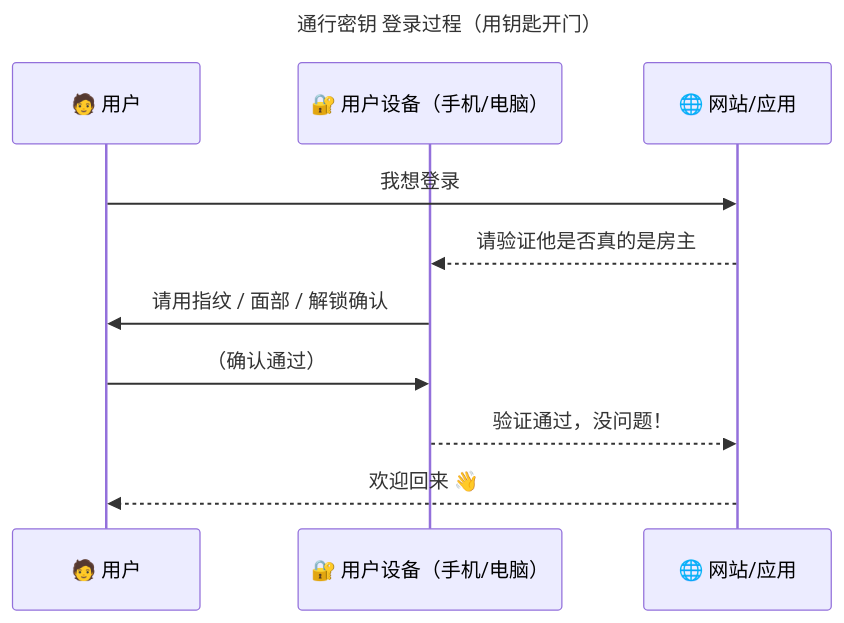
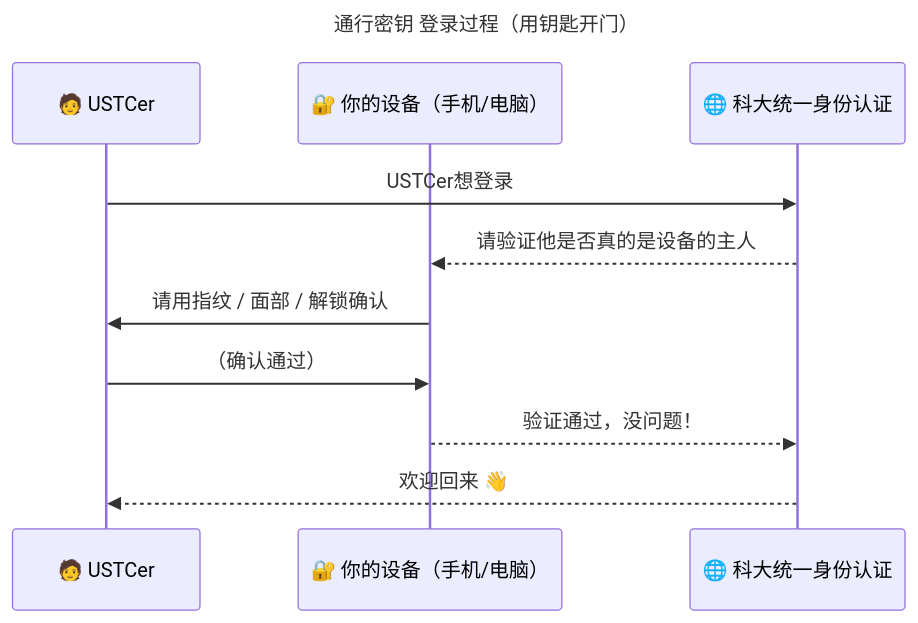
One commit to wf0229/id_doc changed the second of 3 diagrams in docs/passkey.md. Above: the diagram before and after it, drawn with Mermaid. The commit also changed other lines of this file, not shown here.

````diff
--- a/docs/passkey.md
+++ b/docs/passkey.md
@@ -26,14 +26,14 @@
 ```mermaid
 sequenceDiagram
     title 通行密钥 登录过程（用钥匙开门）
-    participant U as 🧑 用户
-    participant D as 🔐 用户设备（手机/电脑）
-    participant P as 🌐 网站/应用
+    participant U as 🧑 USTCer
+    participant D as 🔐 你的设备（手机/电脑）
+    participant P as 🌐 科大统一身份认证
 
-    U->>P: 我想登录
-    P-->>D: 请验证他是否真的是房主
+    U->>P: USTCer想登录
+    P-->>D: 请验证他是否真的是设备的主人
     D->>U: 请用指纹 / 面部 / 解锁确认
     U->>D: （确认通过）
     D-->>P: 验证通过，没问题！
     P-->>U: 欢迎回来 👋
 ```
````
